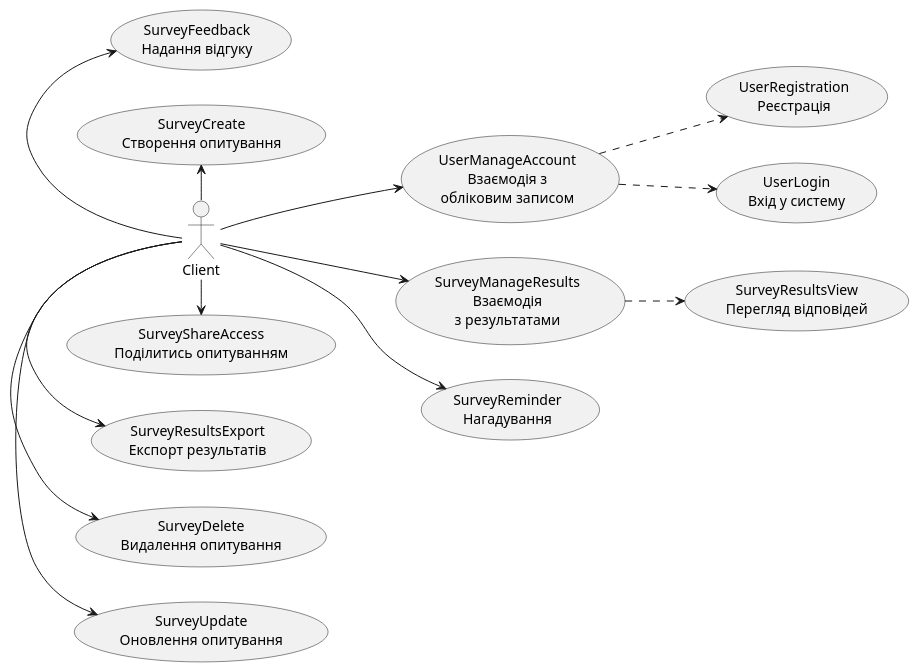
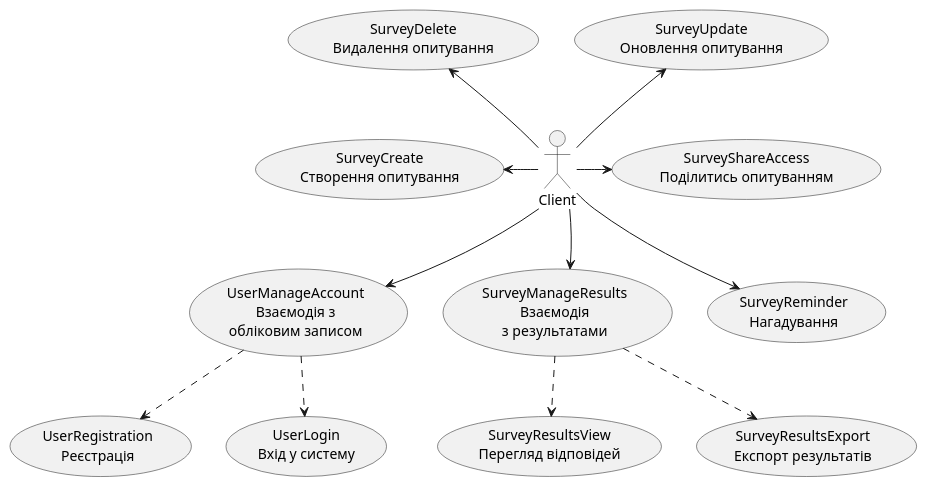
The second of 7 diagrams in docs/use cases/README.md (sunnytea0/db_labs_my), drawn with PlantUML before and after one commit.

Commit message:
#23: edit README.md
Moved client to the center.
Deleted SurveyFeedback.
Added dashed arrow SurveyManageResults - SurveyResultsExport, removed arrow client - SurveyResultsExport.
Now schema looks like "Очікуваний вигляд схеми"

```diff
--- a/docs/use cases/README.md
+++ b/docs/use cases/README.md
@@ -47,43 +47,27 @@
 @startuml
-
-    left to right direction
-
     actor Client
-
-    ' Група взаємодії з обліковим записом
     usecase "UserManageAccount\nВзаємодія з\nобліковим записом" as UInteraction
     usecase "UserRegistration\nРеєстрація" as URegister
     usecase "UserLogin\nВхід у систему" as ULogin
-
-    UInteraction ..> URegister
-    UInteraction ..> ULogin
-
-    ' Група взаємодії з результатами
     usecase "SurveyManageResults\nВзаємодія\nз результатами" as SResults
     usecase "SurveyResultsView\nПерегляд відповідей" as SView
-
-    SResults ..> SView
-
-    ' Інші сценарії роботи з опитуваннями
+    usecase "SurveyResultsExport\nЕкспорт результатів" as SExport
     usecase "SurveyCreate\nСтворення опитування" as SCreate
     usecase "SurveyUpdate\nОновлення опитування" as SUpdate
     usecase "SurveyDelete\nВидалення опитування" as SDelete
     usecase "SurveyReminder\nНагадування" as SReminder
-    usecase "SurveyResultsExport\nЕкспорт результатів" as SExport
-    usecase "SurveyFeedback\nНадання відгуку" as SFeedback
     usecase "SurveyShareAccess\nПоділитись опитуванням" as SShare
-
+    SResults ..> SView
+    SResults ..> SExport
+    UInteraction ..> URegister
+    UInteraction ..> ULogin
     Client -[hidden]-> UInteraction
-
-    ' Зв'язки клієнта
+    Client -[hidden]-> SResults
     Client -u-> UInteraction
     Client -d-> SResults
     Client -l-> SCreate
-    Client -r-> SUpdate
-    Client -r-> SDelete
-    Client -r-> SExport
+    Client -u-> SUpdate
+    Client -u-> SDelete
     Client -d-> SReminder
-    Client -l-> SFeedback
     Client -r-> SShare
-
 @enduml
```
